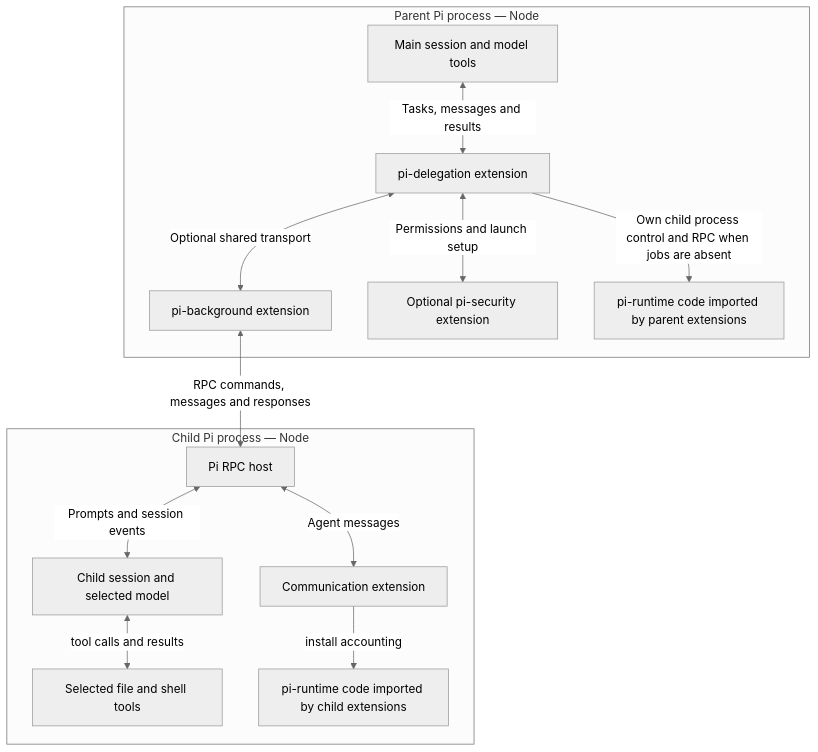
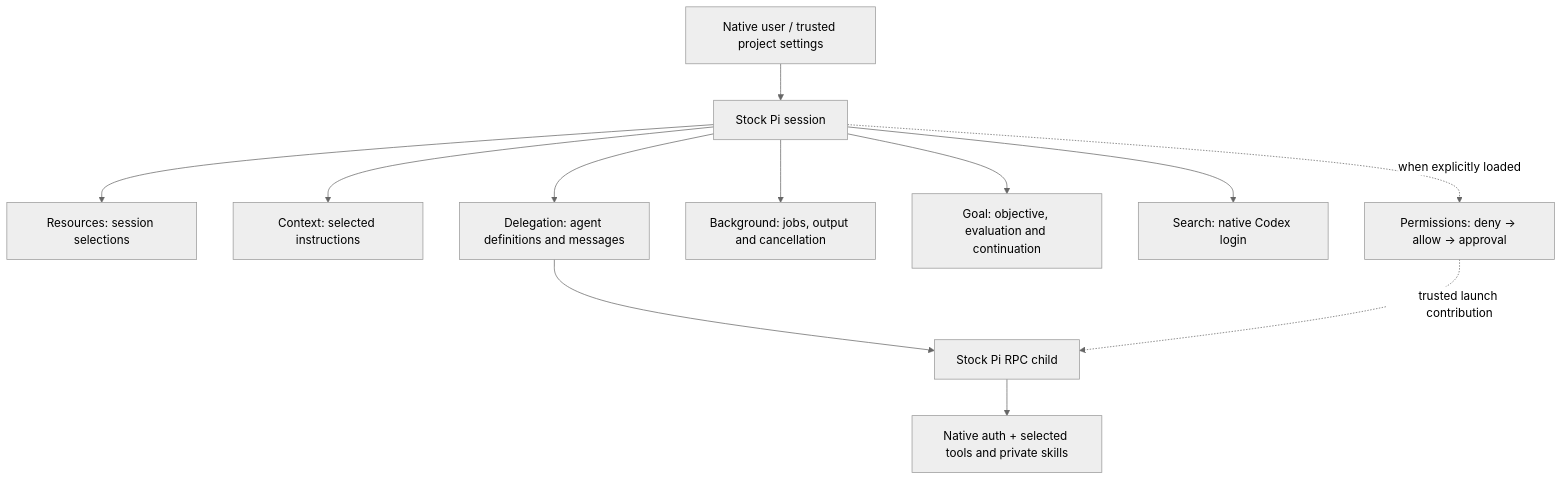
One commit to finngi/pi-packages changed the diagram in docs/architecture.md. Above: the diagram before and after it, drawn with Mermaid (neutral theme). The commit also changed other lines of this file and 249 other files, not shown here.

````diff
--- a/docs/architecture.md
+++ b/docs/architecture.md
@@ -13,26 +7,14 @@
 ```mermaid
 flowchart TB
-  subgraph Parent["Parent Pi process — Node"]
-    Main["Main session and model tools"]
-    Sub["pi-delegation extension"]
-    Bg["pi-background extension"]
-    Sec["Optional pi-security extension"]
-    PLib["pi-runtime code imported by parent extensions"]
-    Main <-->|"Tasks, messages and results"| Sub
-    Sub <-->|"Optional shared transport"| Bg
-    Sub <-->|"Permissions and launch setup"| Sec
-    Sub -->|"Own child process control and RPC when jobs are absent"| PLib
-  end
-  subgraph Child["Child Pi process — Node"]
-    RPC["Pi RPC host"]
-    Worker["Child session and selected model"]
-    Bridge["Communication extension"]
-    Effects["Selected file and shell tools"]
-    CLib["pi-runtime code imported by child extensions"]
-    RPC <-->|"Prompts and session events"| Worker
-    RPC <-->|"Agent messages"| Bridge
-    Worker <-->|"tool calls and results"| Effects
-    Bridge -->|"install accounting"| CLib
-  end
-  Bg <-->|"RPC commands, messages and responses"| RPC
+  Settings["Native user / trusted project settings"] --> Pi["Stock Pi session"]
+  Pi --> Resources["Resources: session selections"]
+  Pi --> Context["Context: selected instructions"]
+  Pi --> Delegate["Delegation: agent definitions and messages"]
+  Pi --> Jobs["Background: jobs, output and cancellation"]
+  Pi --> Goal["Goal: objective, evaluation and continuation"]
+  Pi --> Search["Search: native Codex login"]
+  Pi -. "when explicitly loaded" .-> Gate["Permissions: deny → allow → approval"]
+  Delegate --> Child["Stock Pi RPC child"]
+  Child --> Native["Native auth + selected tools and private skills"]
+  Gate -. "trusted launch contribution" .-> Child
 ```
````
